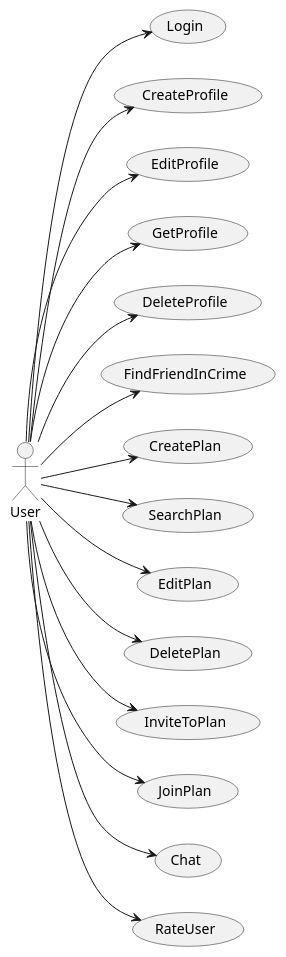
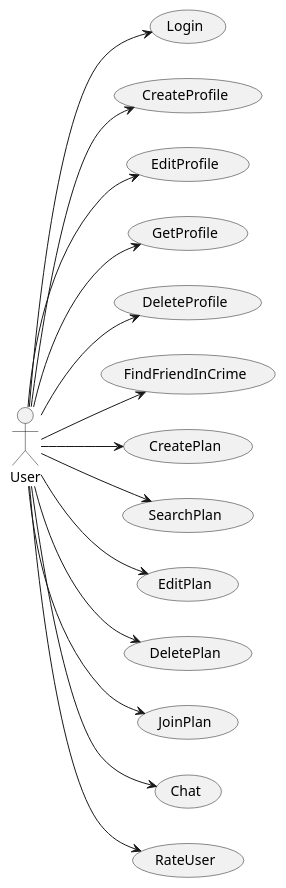
Before and after one commit to colasin16/pop-up-plan-service: the diagram in docs/src/use-cases/ main.puml, drawn with PlantUML. The commit also changed 2 other files, not shown here.

Commit message:
Updated docs and diagrams

```diff
--- a/docs/src/use-cases/ main.puml
+++ b/docs/src/use-cases/ main.puml
@@ -1,41 +1,41 @@
 @startuml
 left to right direction
 
 actor User
 
 usecase Login
 
 usecase CreateProfile
 usecase EditProfile
 usecase GetProfile 
 usecase DeleteProfile 
 
 usecase FindFriendInCrime
 
 usecase CreatePlan
 usecase SearchPlan
 usecase EditPlan
 usecase DeletePlan
-usecase InviteToPlan
 usecase JoinPlan
 
 usecase Chat
 
 usecase RateUser
 
 User --> Login
 User --> CreateProfile
 User --> DeleteProfile
 User --> EditProfile
 User --> GetProfile
 User --> CreatePlan
 User --> FindFriendInCrime
 User --> SearchPlan
 User --> EditPlan
 User --> DeletePlan
-User --> InviteToPlan
 User --> JoinPlan
 User --> Chat
 User --> RateUser
 
+' Accept or decline join plan request is a use case?
+
 @enduml
```
